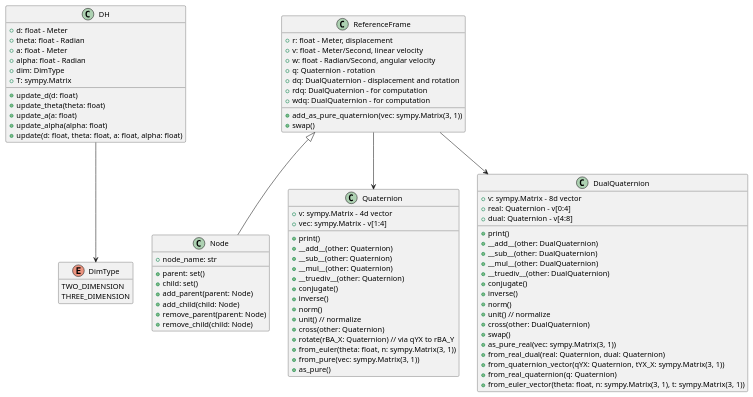
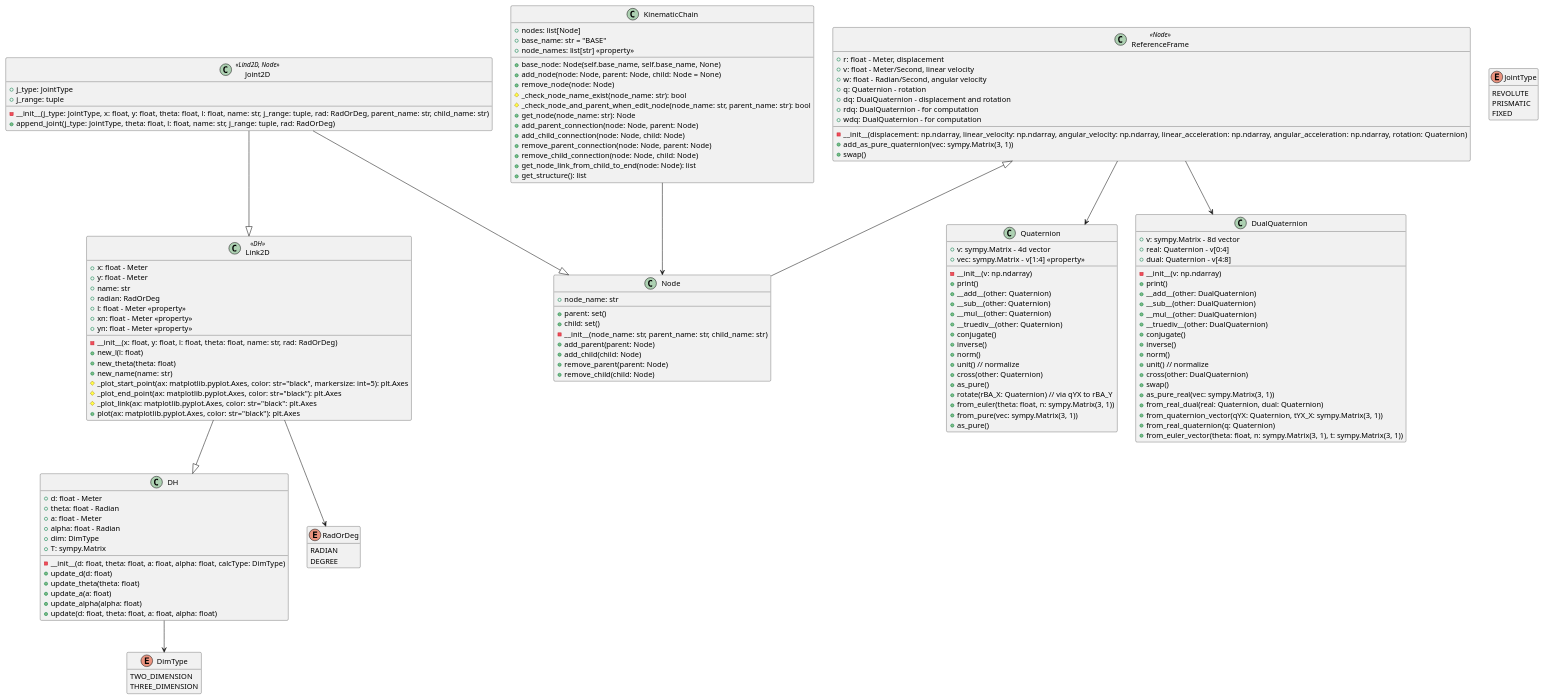
One commit to Kexin-Wei/GeneralPythonLib changed the diagram in robot/robot_related_class.plantuml. Above: the diagram before and after it, drawn with PlantUML. The commit also changed 6 other files, not shown here.

```diff
--- a/robot/robot_related_class.plantuml
+++ b/robot/robot_related_class.plantuml
@@ -1,92 +1,159 @@
 @startuml
 hide empty members
 hide empty methods
 hide empty fields
 enum DimType {
     TWO_DIMENSION
     THREE_DIMENSION
 }
 class DH {
     +d: float - Meter
     +theta: float - Radian
     +a: float - Meter
     +alpha: float - Radian
     +dim: DimType
     +T: sympy.Matrix
+    -__init__(d: float, theta: float, a: float, alpha: float, calcType: DimType)
     +update_d(d: float)
     +update_theta(theta: float)
     +update_a(a: float)
     +update_alpha(alpha: float)
     +update(d: float, theta: float, a: float, alpha: float)
 }
 
 DH --> DimType
 
 class Node {
     +parent: set()
     +child: set()
     +node_name: str
+    -__init__(node_name: str, parent_name: str, child_name: str)
     +add_parent(parent: Node)
     +add_child(child: Node)
     +remove_parent(parent: Node)
     +remove_child(child: Node)
 }
 
-class ReferenceFrame  {
+class KinematicChain {
+    +nodes: list[Node]
+    +base_name: str = "BASE"
+    +base_node: Node(self.base_name, self.base_name, None)
+    +node_names: list[str] <<property>>
+    +add_node(node: Node, parent: Node, child: Node = None)
+    +remove_node(node: Node)
+    #_check_node_name_exist(node_name: str): bool
+    #_check_node_and_parent_when_edit_node(node_name: str, parent_name: str): bool
+    +get_node(node_name: str): Node
+    +add_parent_connection(node: Node, parent: Node)
+    +add_child_connection(node: Node, child: Node)
+    +remove_parent_connection(node: Node, parent: Node)
+    +remove_child_connection(node: Node, child: Node)
+    +get_node_link_from_child_to_end(node: Node): list
+    +get_structure(): list
+}
+
+KinematicChain --> Node
+
+class ReferenceFrame <<Node>>  {
     +r: float - Meter, displacement
     +v: float - Meter/Second, linear velocity
     +w: float - Radian/Second, angular velocity
     +q: Quaternion - rotation
     +dq: DualQuaternion - displacement and rotation
     +rdq: DualQuaternion - for computation
     +wdq: DualQuaternion - for computation
+    -__init__(displacement: np.ndarray, linear_velocity: np.ndarray, angular_velocity: np.ndarray, linear_acceleration: np.ndarray, angular_acceleration: np.ndarray, rotation: Quaternion)
     +add_as_pure_quaternion(vec: sympy.Matrix(3, 1))
     +swap()
 }
 
 ReferenceFrame <|-- Node
 ReferenceFrame --> Quaternion
 ReferenceFrame --> DualQuaternion
 
 
 class Quaternion{
     +v: sympy.Matrix - 4d vector
-    +vec: sympy.Matrix - v[1:4]
+    +vec: sympy.Matrix - v[1:4] <<property>>
+    -__init__(v: np.ndarray)
     +print()
     +__add__(other: Quaternion)
     +__sub__(other: Quaternion)
     +__mul__(other: Quaternion)
     +__truediv__(other: Quaternion)
     +conjugate()
     +inverse()
     +norm()
     +unit() // normalize
     +cross(other: Quaternion)
+    +as_pure()
     +rotate(rBA_X: Quaternion) // via qYX to rBA_Y
     +from_euler(theta: float, n: sympy.Matrix(3, 1))
     +from_pure(vec: sympy.Matrix(3, 1))
     +as_pure()
 }
 
 class DualQuaternion{
     +v: sympy.Matrix - 8d vector
     +real: Quaternion - v[0:4]
     +dual: Quaternion - v[4:8]
+    -__init__(v: np.ndarray)
     +print()
     +__add__(other: DualQuaternion)
     +__sub__(other: DualQuaternion)
     +__mul__(other: DualQuaternion)
     +__truediv__(other: DualQuaternion)
     +conjugate()
     +inverse()
     +norm()
     +unit() // normalize
     +cross(other: DualQuaternion)
     +swap()
     +as_pure_real(vec: sympy.Matrix(3, 1))
     +from_real_dual(real: Quaternion, dual: Quaternion)
     +from_quaternion_vector(qYX: Quaternion, tYX_X: sympy.Matrix(3, 1))
     +from_real_quaternion(q: Quaternion)
     +from_euler_vector(theta: float, n: sympy.Matrix(3, 1), t: sympy.Matrix(3, 1))
 }
+
+enum RadOrDeg {
+    RADIAN
+    DEGREE
+}
+
+class Link2D <<DH>>{
+    +x: float - Meter
+    +y: float - Meter
+    +name: str
+    +radian: RadOrDeg
+    +l: float - Meter <<property>>
+    +xn: float - Meter <<property>>
+    +yn: float - Meter <<property>>
+    -__init__(x: float, y: float, l: float, theta: float, name: str, rad: RadOrDeg)
+    +new_l(l: float)
+    +new_theta(theta: float)
+    +new_name(name: str)
+    #_plot_start_point(ax: matplotlib.pyplot.Axes, color: str="black", markersize: int=5): plt.Axes
+    #_plot_end_point(ax: matplotlib.pyplot.Axes, color: str="black"): plt.Axes
+    #_plot_link(ax: matplotlib.pyplot.Axes, color: str="black": plt.Axes
+    +plot(ax: matplotlib.pyplot.Axes, color: str="black"): plt.Axes
+}
+Link2D --|> DH
+Link2D --> RadOrDeg
+
+enum JointType {
+    REVOLUTE
+    PRISMATIC
+    FIXED
+}
+
+class Joint2D <<Lind2D, Node>> {
+    +j_type: JointType
+    +j_range: tuple
+    -__init__(j_type: JointType, x: float, y: float, theta: float, l: float, name: str, j_range: tuple, rad: RadOrDeg, parent_name: str, child_name: str)
+    +append_joint(j_type: JointType, theta: float, l: float, name: str, j_range: tuple, rad: RadOrDeg)
+}
+
+Joint2D --|> Link2D
+Joint2D --|> Node
 @enduml
```
